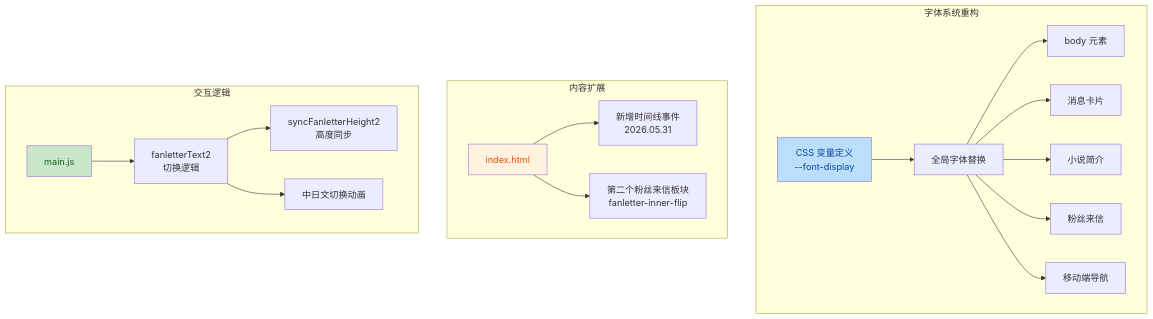
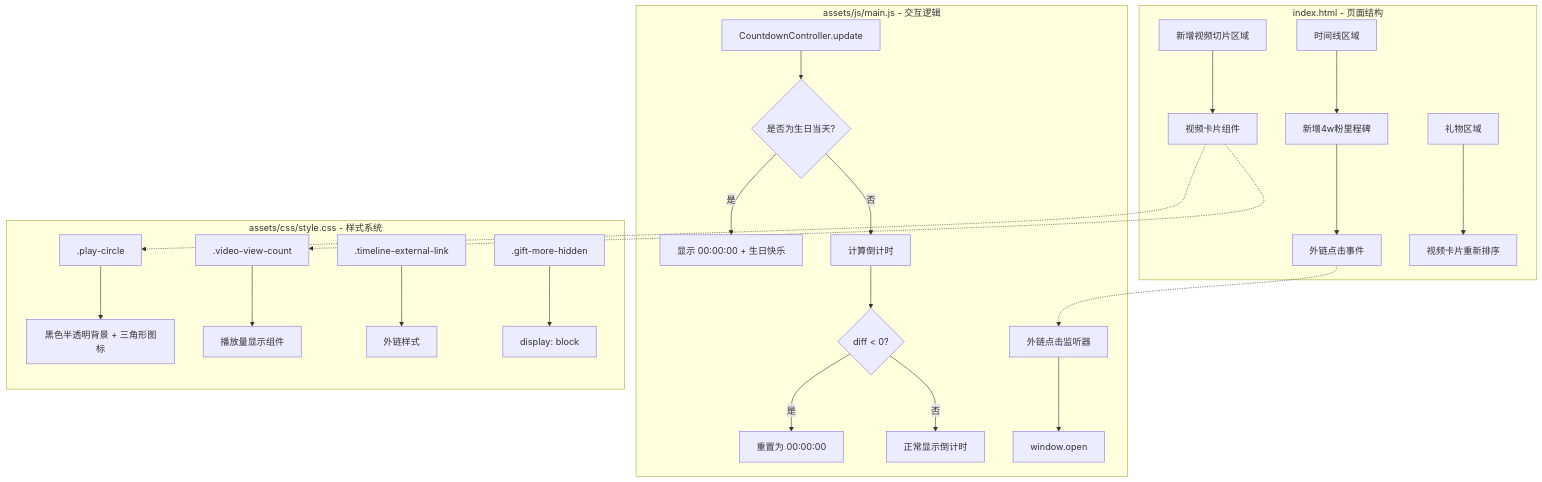
The diagram in TL;DR.MD (SunsetShimmer381/okayu-birthday-site), drawn with Mermaid before and after one commit. The commit also changed other lines of this file and 9 other files, not shown here.

````diff
--- a/TL;DR.MD
+++ b/TL;DR.MD
@@ -15,26 +15,30 @@
 ```mermaid
 graph TD
-    subgraph "字体系统重构"
-        A["CSS 变量定义<br/>--font-display"] --> B["全局字体替换"]
-        B --> C["body 元素"]
-        B --> D["消息卡片"]
-        B --> E["小说简介"]
-        B --> F["粉丝来信"]
-        B --> G["移动端导航"]
+    subgraph "index.html - 页面结构"
+        A[时间线区域] --> B[新增4w粉里程碑]
+        B --> C[外链点击事件]
+        D[新增视频切片区域] --> E[视频卡片组件]
+        F[礼物区域] --> G[视频卡片重新排序]
     end
     
-    subgraph "内容扩展"
-        H["index.html"] --> I["新增时间线事件<br/>2026.05.31"]
-        H --> J["第二个粉丝来信板块<br/>fanletter-inner-flip"]
+    subgraph "assets/js/main.js - 交互逻辑"
+        H[CountdownController.update] --> I{是否为生日当天?}
+        I -->|是| J[显示 00:00:00 + 生日快乐]
+        I -->|否| K[计算倒计时]
+        K --> L{diff < 0?}
+        L -->|是| M[重置为 00:00:00]
+        L -->|否| N[正常显示倒计时]
+        O[外链点击监听器] --> P[window.open]
     end
     
-    subgraph "交互逻辑"
-        K["main.js"] --> L["fanletterText2<br/>切换逻辑"]
-        L --> M["syncFanletterHeight2<br/>高度同步"]
-        L --> N["中日文切换动画"]
+    subgraph "assets/css/style.css - 样式系统"
+        Q[.play-circle] --> R[黑色半透明背景 + 三角形图标]
+        S[.video-view-count] --> T[播放量显示组件]
+        U[.timeline-external-link] --> V[外链样式]
+        W[.gift-more-hidden] --> X[display: block]
     end
     
-    style A fill:#bbdefb,color:#0d47a1
-    style H fill:#fff3e0,color:#e65100
-    style K fill:#c8e6c9,color:#1a5e20
+    C -.-> O
+    E -.-> S
+    E -.-> Q
 ```
````
